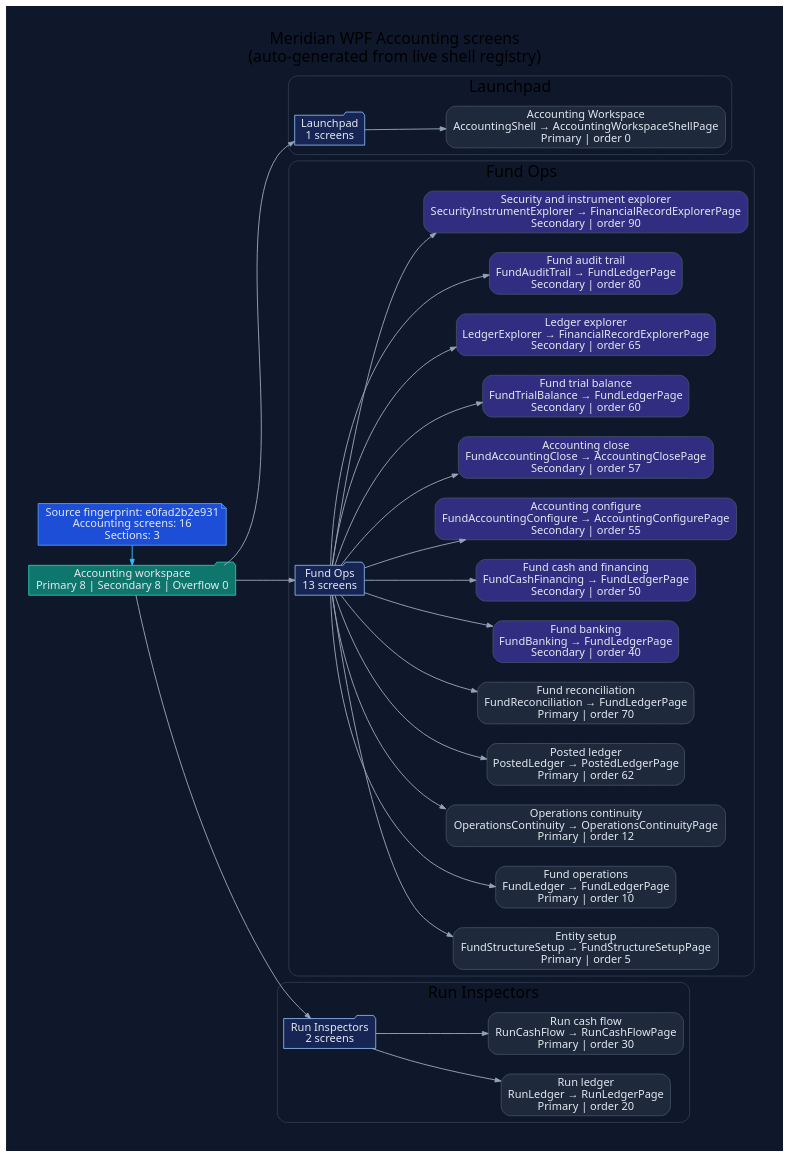
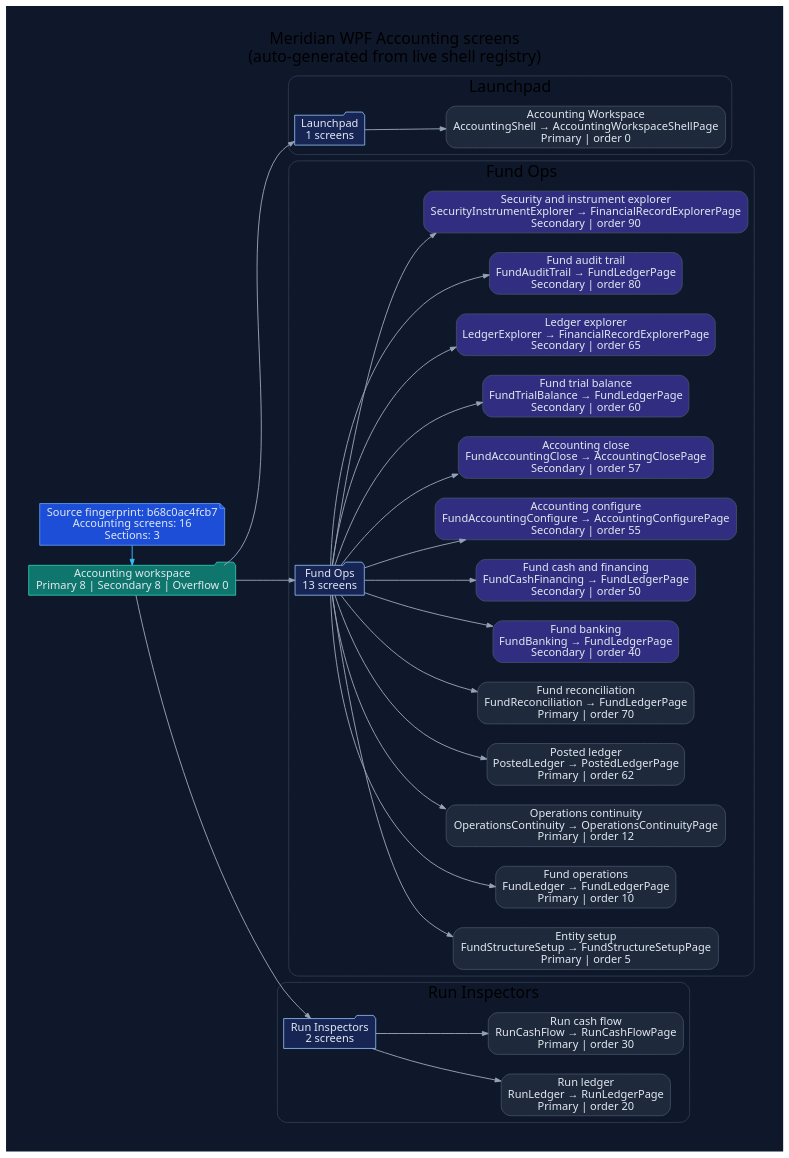
Before and after one commit to rodoHasArrived/Meridian-main: the diagram in docs/diagrams/ui-wpf-screens-accounting.dot, drawn with Graphviz. The commit also changed 26 other files, not shown here.

First line of the commit message:
docs(generated): regenerate UI diagrams and refresh reviewed hashes after merging main

```diff
--- a/docs/diagrams/ui-wpf-screens-accounting.dot
+++ b/docs/diagrams/ui-wpf-screens-accounting.dot
@@ -1,82 +1,82 @@
 // -----------------------------------------------------------------------------
 // <auto-generated>
 // Generated by scripts/generate-diagrams.mjs.
 // Do not edit this file directly; update the WPF source files instead.
 // -----------------------------------------------------------------------------
 digraph WpfAccountingScreens {
   graph [
     rankdir=LR,
     labelloc=t,
     label="Meridian WPF Accounting screens\n(auto-generated from live shell registry)",
     fontname="Segoe UI",
     fontsize=20,
     pad=0.4,
     nodesep=0.35,
     ranksep=0.85,
     bgcolor="#0f172a"
   ];
   node [fontname="Segoe UI", shape=box, style="rounded,filled", color="#475569", fontcolor="#e2e8f0", fillcolor="#1e293b"];
   edge [fontname="Segoe UI", color="#94a3b8", penwidth=1.2, arrowsize=0.75];
 
-  generated [shape=note, fillcolor="#1d4ed8", color="#60a5fa", label="Source fingerprint: e0fad2b2e931\nAccounting screens: 16\nSections: 3"];
+  generated [shape=note, fillcolor="#1d4ed8", color="#60a5fa", label="Source fingerprint: b68c0ac4fcb7\nAccounting screens: 16\nSections: 3"];
   workspace [shape=folder, fillcolor="#0f766e", color="#2dd4bf", label="Accounting workspace\nPrimary 8 | Secondary 8 | Overflow 0"];
   generated -> workspace [color="#38bdf8"];
 
   subgraph cluster_section_1 {
     label="Launchpad";
     color="#334155";
     style="rounded";
     section_1 [shape=folder, fillcolor="#172554", color="#93c5fd", label="Launchpad\n1 screens"];
     workspace -> section_1;
     screen_AccountingShell [fillcolor="#1e293b", label="Accounting Workspace\nAccountingShell → AccountingWorkspaceShellPage\nPrimary | order 0"];
     section_1 -> screen_AccountingShell;
   }
 
   subgraph cluster_section_2 {
     label="Fund Ops";
     color="#334155";
     style="rounded";
     section_2 [shape=folder, fillcolor="#172554", color="#93c5fd", label="Fund Ops\n13 screens"];
     workspace -> section_2;
     screen_FundStructureSetup [fillcolor="#1e293b", label="Entity setup\nFundStructureSetup → FundStructureSetupPage\nPrimary | order 5"];
     section_2 -> screen_FundStructureSetup;
     screen_FundLedger [fillcolor="#1e293b", label="Fund operations\nFundLedger → FundLedgerPage\nPrimary | order 10"];
     section_2 -> screen_FundLedger;
     screen_OperationsContinuity [fillcolor="#1e293b", label="Operations continuity\nOperationsContinuity → OperationsContinuityPage\nPrimary | order 12"];
     section_2 -> screen_OperationsContinuity;
     screen_PostedLedger [fillcolor="#1e293b", label="Posted ledger\nPostedLedger → PostedLedgerPage\nPrimary | order 62"];
     section_2 -> screen_PostedLedger;
     screen_FundReconciliation [fillcolor="#1e293b", label="Fund reconciliation\nFundReconciliation → FundLedgerPage\nPrimary | order 70"];
     section_2 -> screen_FundReconciliation;
     screen_FundBanking [fillcolor="#312e81", label="Fund banking\nFundBanking → FundLedgerPage\nSecondary | order 40"];
     section_2 -> screen_FundBanking;
     screen_FundCashFinancing [fillcolor="#312e81", label="Fund cash and financing\nFundCashFinancing → FundLedgerPage\nSecondary | order 50"];
     section_2 -> screen_FundCashFinancing;
     screen_FundAccountingConfigure [fillcolor="#312e81", label="Accounting configure\nFundAccountingConfigure → AccountingConfigurePage\nSecondary | order 55"];
     section_2 -> screen_FundAccountingConfigure;
     screen_FundAccountingClose [fillcolor="#312e81", label="Accounting close\nFundAccountingClose → AccountingClosePage\nSecondary | order 57"];
     section_2 -> screen_FundAccountingClose;
     screen_FundTrialBalance [fillcolor="#312e81", label="Fund trial balance\nFundTrialBalance → FundLedgerPage\nSecondary | order 60"];
     section_2 -> screen_FundTrialBalance;
     screen_LedgerExplorer [fillcolor="#312e81", label="Ledger explorer\nLedgerExplorer → FinancialRecordExplorerPage\nSecondary | order 65"];
     section_2 -> screen_LedgerExplorer;
     screen_FundAuditTrail [fillcolor="#312e81", label="Fund audit trail\nFundAuditTrail → FundLedgerPage\nSecondary | order 80"];
     section_2 -> screen_FundAuditTrail;
     screen_SecurityInstrumentExplorer [fillcolor="#312e81", label="Security and instrument explorer\nSecurityInstrumentExplorer → FinancialRecordExplorerPage\nSecondary | order 90"];
     section_2 -> screen_SecurityInstrumentExplorer;
   }
 
   subgraph cluster_section_3 {
     label="Run Inspectors";
     color="#334155";
     style="rounded";
     section_3 [shape=folder, fillcolor="#172554", color="#93c5fd", label="Run Inspectors\n2 screens"];
     workspace -> section_3;
     screen_RunLedger [fillcolor="#1e293b", label="Run ledger\nRunLedger → RunLedgerPage\nPrimary | order 20"];
     section_3 -> screen_RunLedger;
     screen_RunCashFlow [fillcolor="#1e293b", label="Run cash flow\nRunCashFlow → RunCashFlowPage\nPrimary | order 30"];
     section_3 -> screen_RunCashFlow;
   }
 
   { rank=min; generated; workspace; }
 }
```
